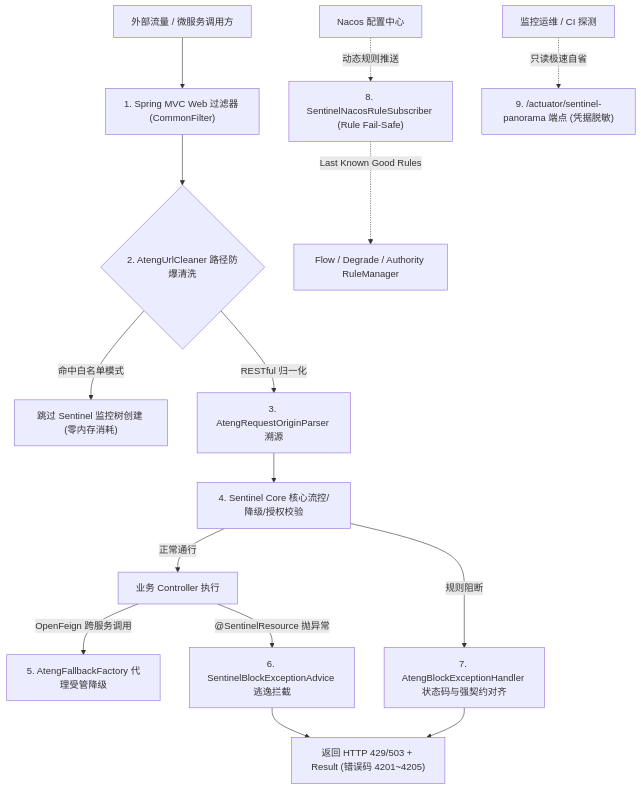
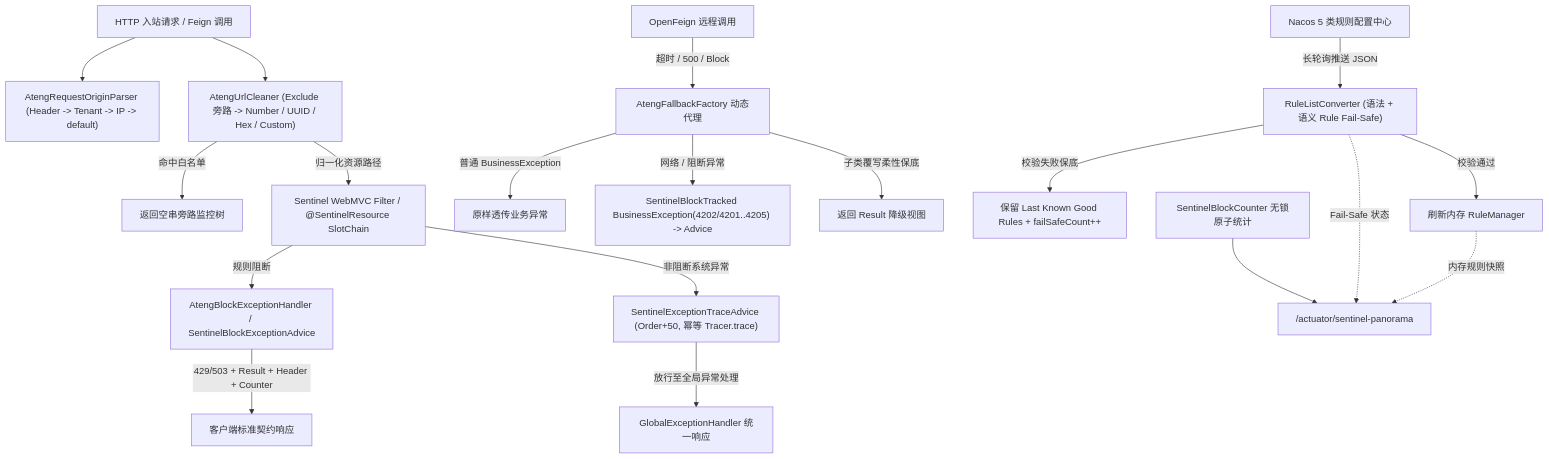
One commit to atengk/ateng-cloud changed the diagram in ateng-cloud-sentinel/README.md. Above: the diagram before and after it, drawn with Mermaid. The commit also changed other lines of this file and 1 other file, not shown here.

First line of the commit message:
docs(sentinel): Sample-First 五维文档与四段式体验卡闭环对齐

````diff
--- a/ateng-cloud-sentinel/README.md
+++ b/ateng-cloud-sentinel/README.md
@@ -110,21 +124,26 @@
 ```mermaid
 flowchart TD
-    Client["外部流量 / 微服务调用方"] --> Filter["1. Spring MVC Web 过滤器 (CommonFilter)"]
-    Filter --> Clean{"2. AtengUrlCleaner 路径防爆清洗"}
-    Clean -- "命中白名单模式" --> SkipPass["跳过 Sentinel 监控树创建 (零内存消耗)"]
-    Clean -- "RESTful 归一化" --> Origin["3. AtengRequestOriginParser 溯源"]
-    Origin --> Entry["4. Sentinel Core 核心流控/降级/授权校验"]
-    
-    Entry -- "正常通行" --> Biz["业务 Controller 执行"]
-    Biz -- "OpenFeign 跨服务调用" --> FeignClient["5. AtengFallbackFactory 代理受管降级"]
-    Biz -- "@SentinelResource 抛异常" --> Advice["6. SentinelBlockExceptionAdvice 逃逸拦截"]
-    
-    Entry -- "规则阻断" --> BlockHandler["7. AtengBlockExceptionHandler 状态码与强契约对齐"]
-    BlockHandler --> Result["返回 HTTP 429/503 + Result<Void> (错误码 4201~4205)"]
-    Advice --> Result
-    
-    Nacos["Nacos 配置中心"] -. "动态规则推送" .-> Subscriber["8. SentinelNacosRuleSubscriber (Rule Fail-Safe)"]
-    Subscriber -. "Last Known Good Rules" .-> RuleMgr["Flow / Degrade / Authority RuleManager"]
-    
-    Actuator["监控运维 / CI 探测"] -. "只读极速自省" .-> Panorama["9. /actuator/sentinel-panorama 端点 (凭据脱敏)"]
+    Req["HTTP 入站请求 / Feign 调用"] --> Origin["AtengRequestOriginParser (Header -> Tenant -> IP -> default)"]
+    Req --> UrlClean["AtengUrlCleaner (Exclude 旁路 -> Number / UUID / Hex / Custom)"]
+    UrlClean -->|"命中白名单"| PassClean["返回空串旁路监控树"]
+    UrlClean -->|"归一化资源路径"| SentinelSlot["Sentinel WebMVC Filter / @SentinelResource SlotChain"]
+
+    SentinelSlot -->|"规则阻断"| BlockEntry["AtengBlockExceptionHandler / SentinelBlockExceptionAdvice"]
+    SentinelSlot -->|"非阻断系统异常"| TraceBridge["SentinelExceptionTraceAdvice (Order+50, 幂等 Tracer.trace)"]
+    TraceBridge -->|"放行至全局异常处理"| BizResp["GlobalExceptionHandler 统一响应"]
+
+    BlockEntry -->|"429/503 + Result + Header + Counter"| ClientResp["客户端标准契约响应"]
+
+    FeignCall["OpenFeign 远程调用"] -->|"超时 / 500 / Block"| Fallback["AtengFallbackFactory 动态代理"]
+    Fallback -->|"普通 BusinessException"| Passthrough["原样透传业务异常"]
+    Fallback -->|"网络 / 阻断异常"| DegradeEx["SentinelBlockTracked BusinessException(4202/4201..4205) -> Advice"]
+    Fallback -->|"子类覆写柔性保底"| SoftFallback["返回 Result 降级视图"]
+
+    Nacos["Nacos 5 类规则配置中心"] -->|"长轮询推送 JSON"| FailSafe["RuleListConverter (语法 + 语义 Rule Fail-Safe)"]
+    FailSafe -->|"校验失败保底"| LastGood["保留 Last Known Good Rules + failSafeCount++"]
+    FailSafe -->|"校验通过"| RuleMem["刷新内存 RuleManager"]
+
+    Counter["SentinelBlockCounter 无锁原子统计"] --> Panorama["/actuator/sentinel-panorama"]
+    FailSafe -.->|"Fail-Safe 状态"| Panorama
+    RuleMem -.->|"内存规则快照"| Panorama
 ```
````
